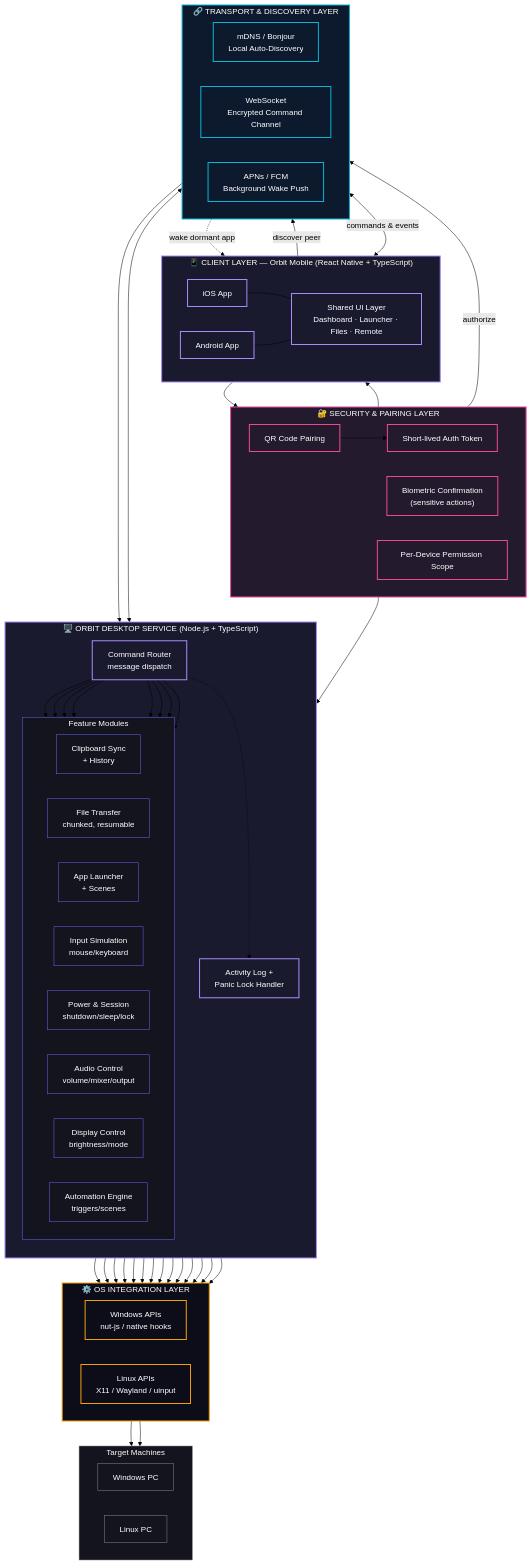
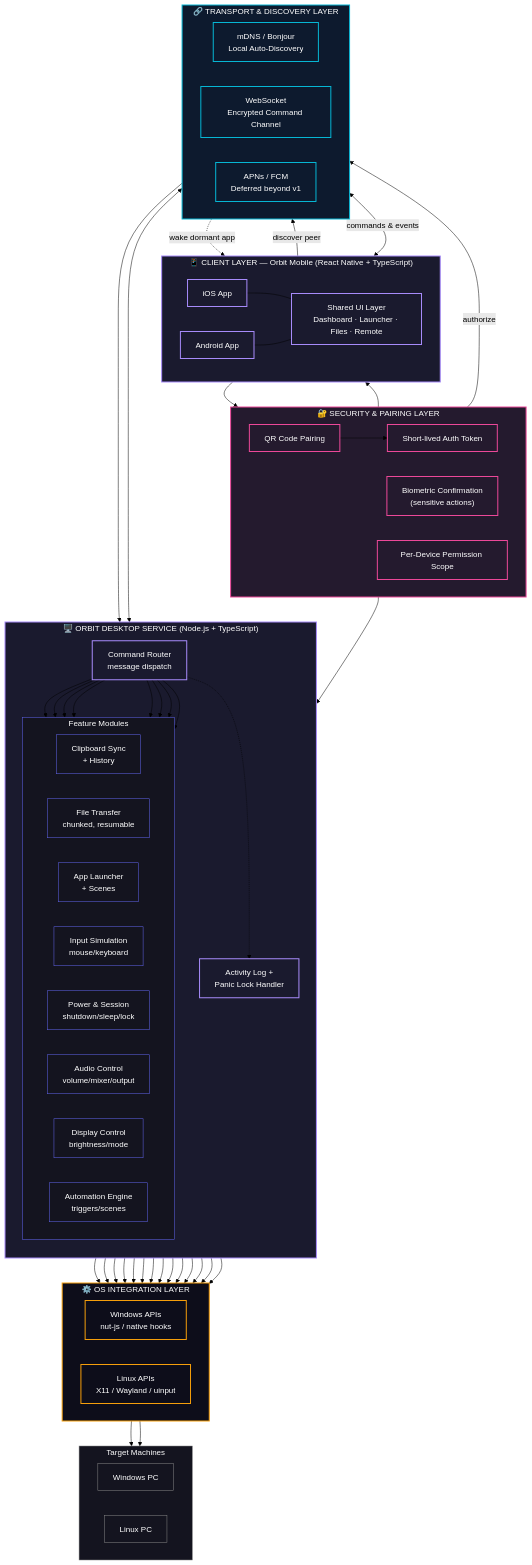
The diagram in README.md (BiasManan2010/Orbit), drawn with Mermaid (forest theme) before and after one commit. The commit also changed other lines of this file and 30 other files, not shown here.

```diff
--- a/README.md
+++ b/README.md
@@ -169,7 +169,7 @@
         direction LR
         MDNS["mDNS / Bonjour<br/>Local Auto-Discovery"]
         WS["WebSocket<br/>Encrypted Command Channel"]
-        Push["APNs / FCM<br/>Background Wake Push"]
+        Push["APNs / FCM<br/>Deferred beyond v1"]
     end
  
     subgraph ServiceCore["🖥️ ORBIT DESKTOP SERVICE (Node.js + TypeScript)"]
```
